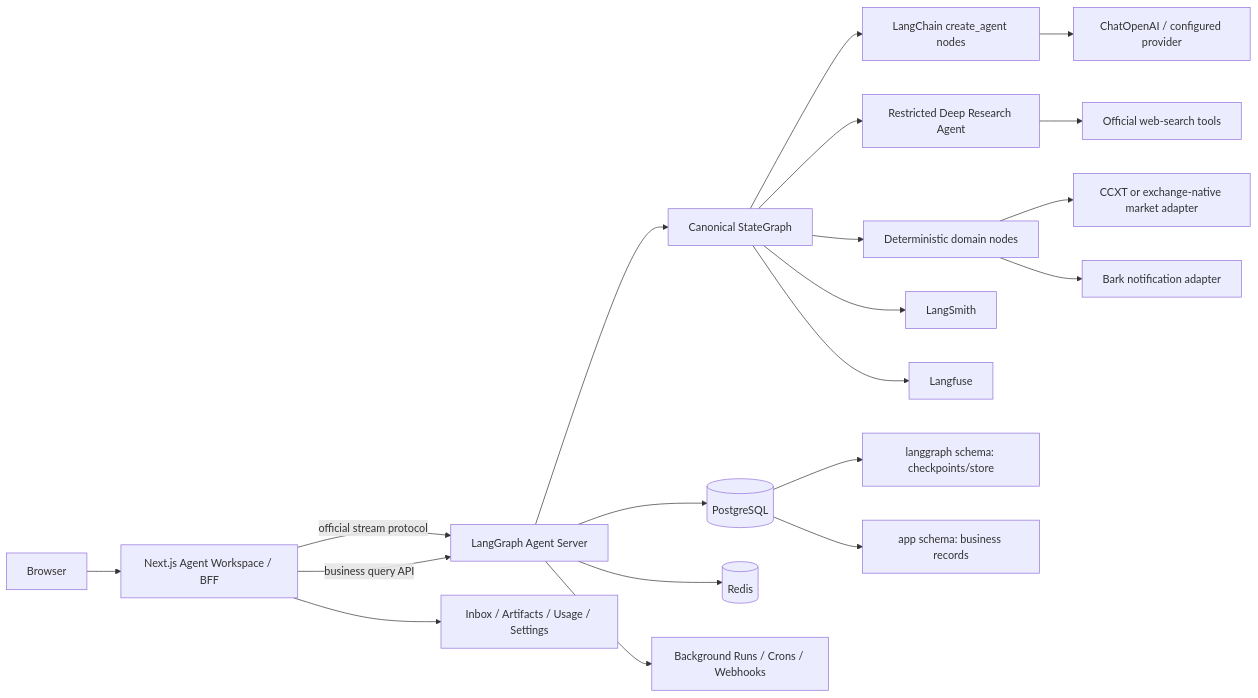
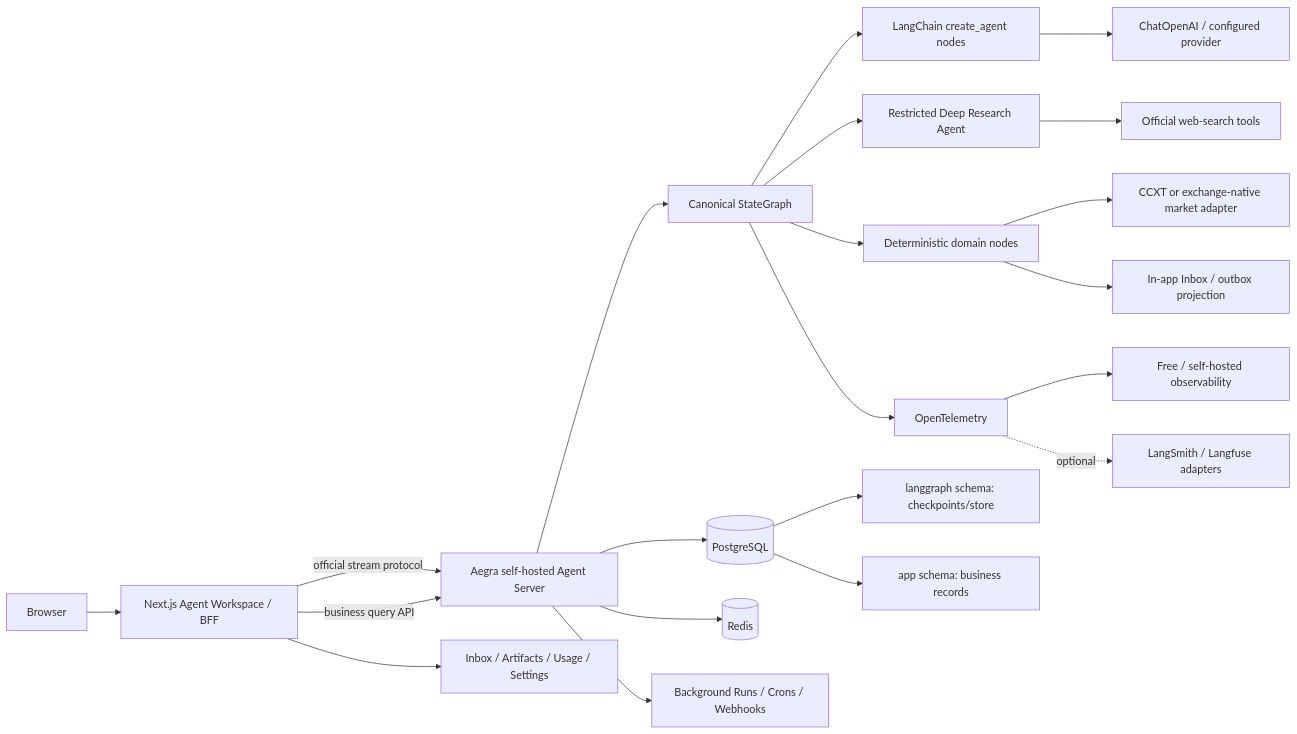
One commit to luguochang/crypto-manual-alert changed the diagram in docs/v2/01-v2-product-and-architecture.md. Above: the diagram before and after it, drawn with Mermaid. The commit also changed other lines of this file and 17 other files, not shown here.

````diff
--- a/docs/v2/01-v2-product-and-architecture.md
+++ b/docs/v2/01-v2-product-and-architecture.md
@@ -224,27 +224,28 @@
 ```mermaid
 flowchart LR
     U["Browser"] --> N["Next.js Agent Workspace / BFF"]
-    N -->|"official stream protocol"| S["LangGraph Agent Server"]
+    N -->|"official stream protocol"| S["Aegra self-hosted Agent Server"]
     N -->|"business query API"| S
 
     S --> G["Canonical StateGraph"]
     G --> LC["LangChain create_agent nodes"]
     G --> DA["Restricted Deep Research Agent"]
     G --> DT["Deterministic domain nodes"]
 
     LC --> M["ChatOpenAI / configured provider"]
     DA --> W["Official web-search tools"]
     DT --> X["CCXT or exchange-native market adapter"]
-    DT --> B["Bark notification adapter"]
+    DT --> B["In-app Inbox / outbox projection"]
 
     S --> PG[("PostgreSQL")]
     PG --> CP["langgraph schema: checkpoints/store"]
     PG --> APP["app schema: business records"]
     S --> R[("Redis")]
 
     S --> Q["Background Runs / Crons / Webhooks"]
     N --> P["Inbox / Artifacts / Usage / Settings"]
 
-    G --> LS["LangSmith"]
-    G --> LF["Langfuse"]
+    G --> OT["OpenTelemetry"]
+    OT --> OBS["Free / self-hosted observability"]
+    OT -. optional .-> LS["LangSmith / Langfuse adapters"]
 ```
````
